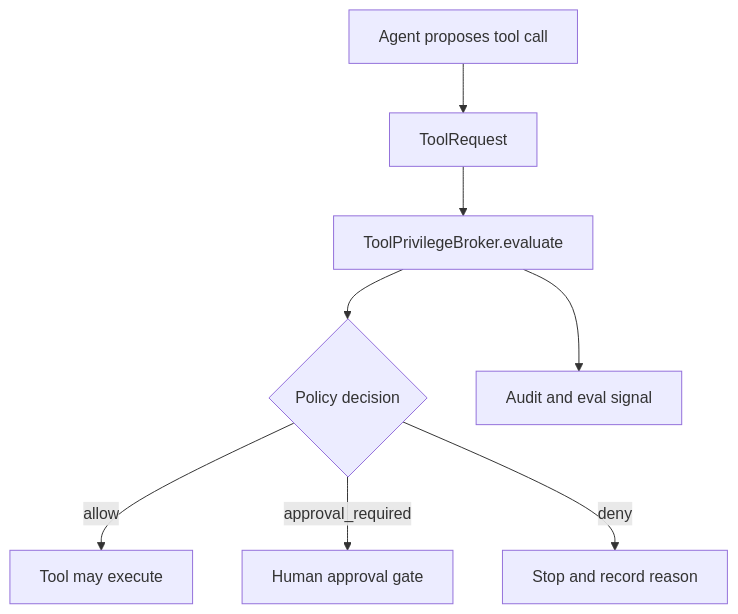
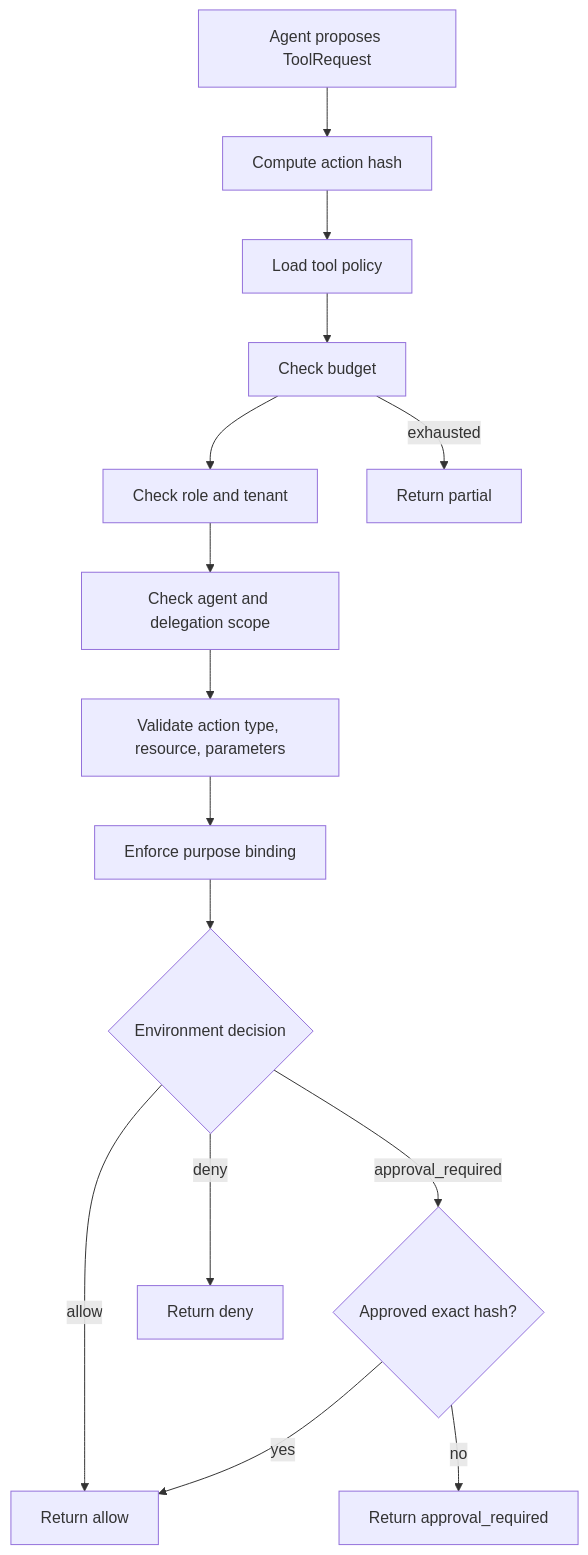
Before and after one commit to shashikanth-gs/agent-harness-cookbook: the diagram in articles/01-tool-privilege-broker.mdx, drawn with Mermaid. The commit also changed other lines of this file and 13 other files, not shown here.

````diff
--- a/articles/01-tool-privilege-broker.mdx
+++ b/articles/01-tool-privilege-broker.mdx
@@ -26,10 +28,17 @@
 ```mermaid
 flowchart TD
-  A[Agent proposes tool call] --> B[ToolRequest]
-  B --> C[ToolPrivilegeBroker.evaluate]
-  C --> D{Policy decision}
-  D -->|allow| E[Tool may execute]
-  D -->|approval_required| F[Human approval gate]
-  D -->|deny| G[Stop and record reason]
-  C --> H[Audit and eval signal]
+  A[Agent proposes ToolRequest] --> B[Compute action hash]
+  B --> C[Load tool policy]
+  C --> D[Check budget]
+  D --> E[Check role and tenant]
+  E --> F[Check agent and delegation scope]
+  F --> G[Validate action type, resource, parameters]
+  G --> H[Enforce purpose binding]
+  H --> I{Environment decision}
+  I -->|allow| J[Return allow]
+  I -->|approval_required| K{Approved exact hash?}
+  K -->|yes| J
+  K -->|no| L[Return approval_required]
+  I -->|deny| M[Return deny]
+  D -->|exhausted| N[Return partial]
 ```
````
